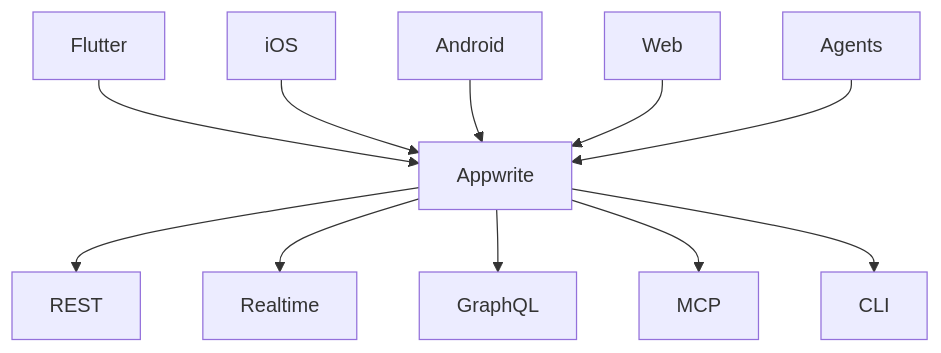
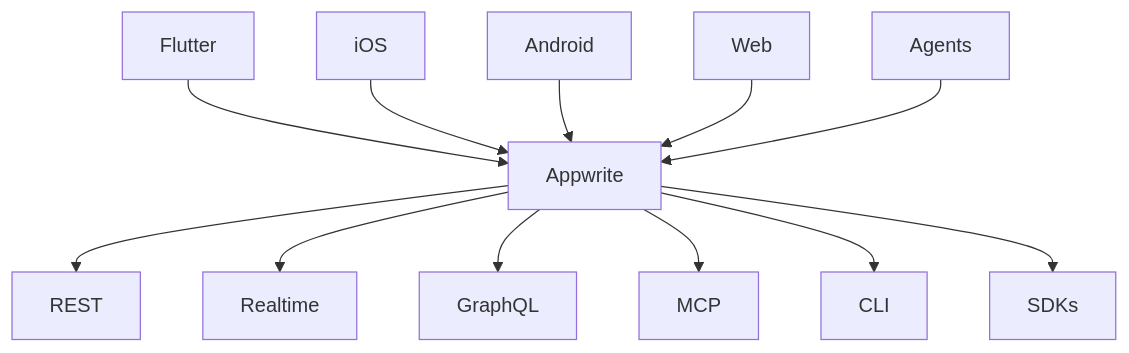
The diagram in README-CN.md (appwrite/appwrite), drawn with Mermaid before and after one commit. The commit also changed 1 other file, not shown here.

Commit message:
docs: add SDKs to the Appwrite API row

````diff
--- a/README-CN.md
+++ b/README-CN.md
@@ -215,5 +215,5 @@
 ```mermaid
 flowchart TB
   Flutter & iOS & Android & Web & Agents --> Appwrite
-  Appwrite --> REST & Realtime & GraphQL & MCP & CLI
+  Appwrite --> REST & Realtime & GraphQL & MCP & CLI & SDKs
 ```
````
